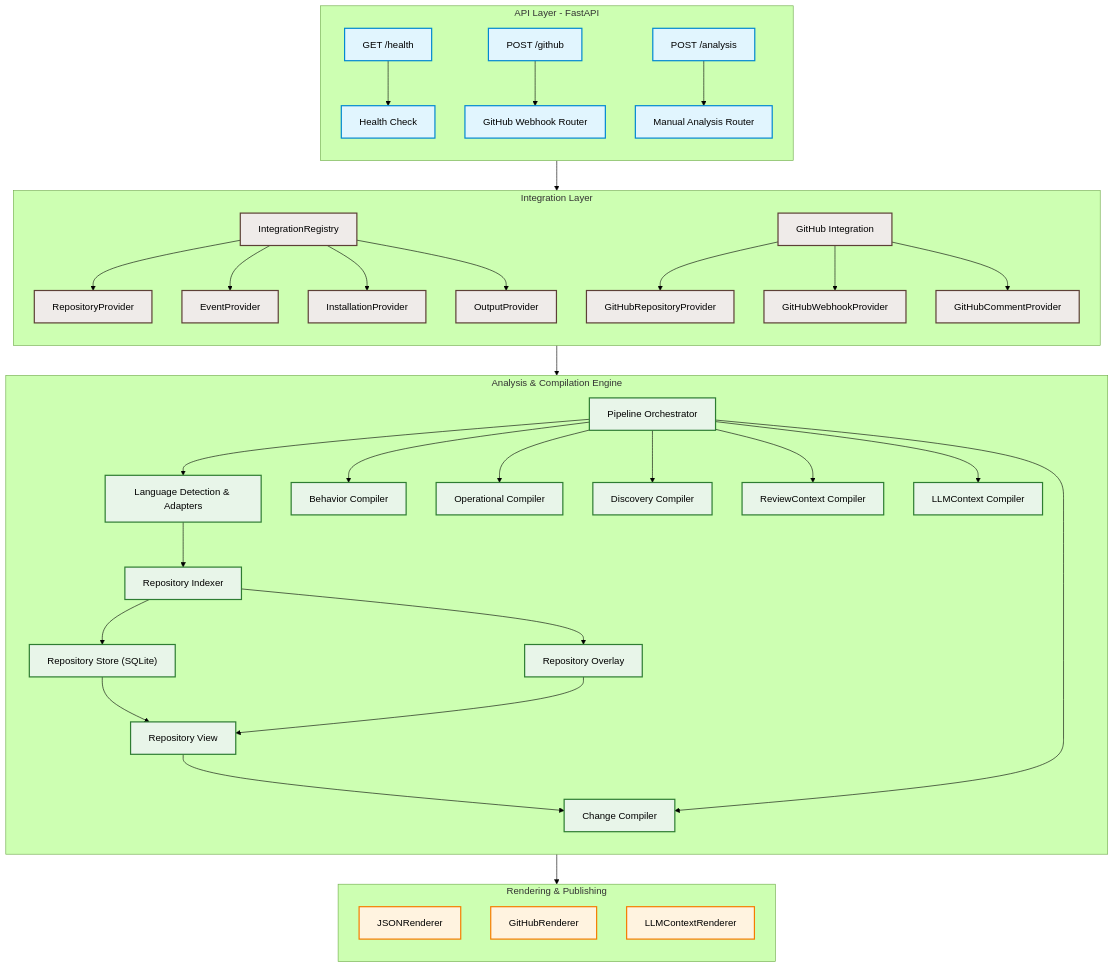
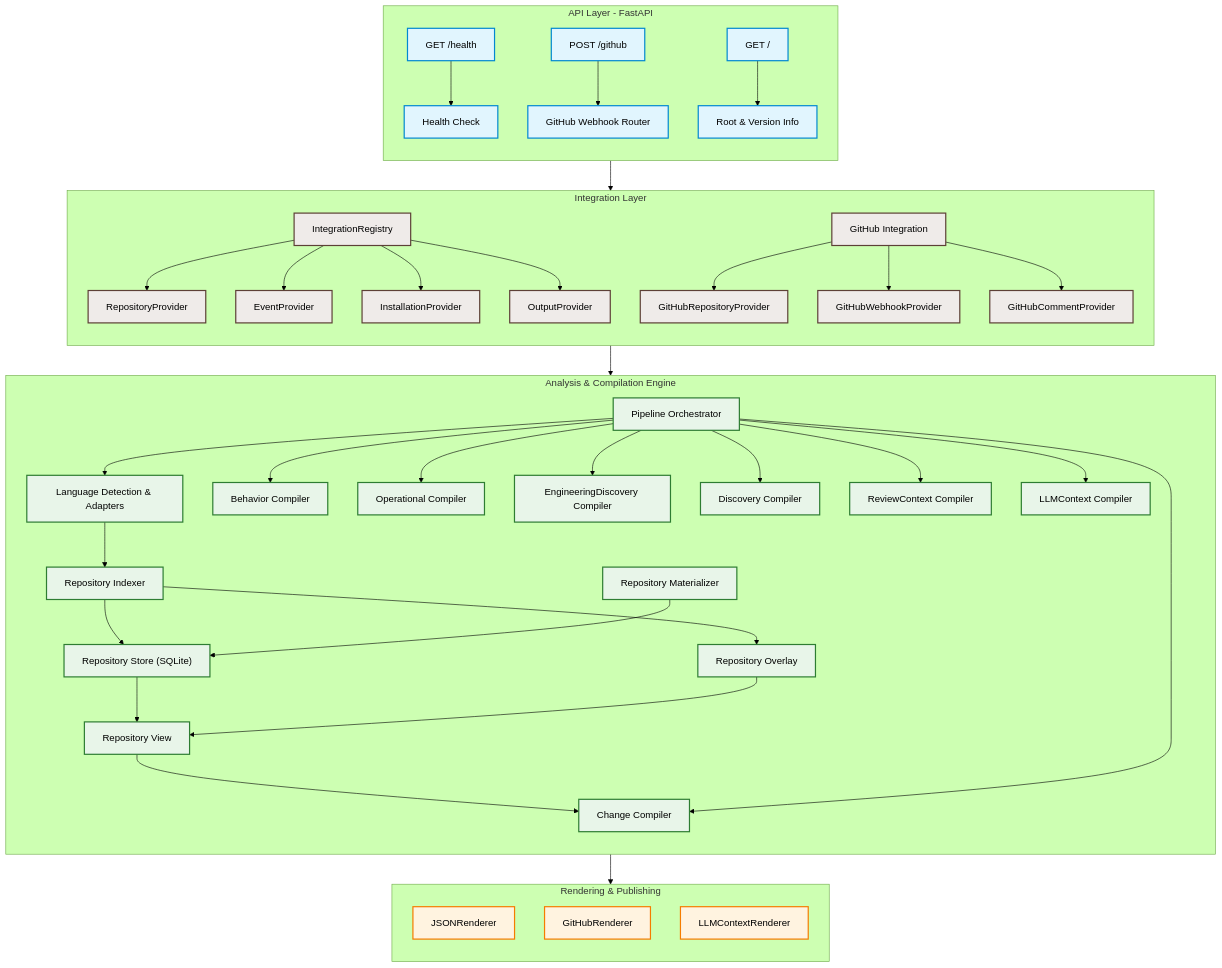
The first of 2 diagrams in architecture.md (jishnusamal/cystatic-core), drawn with Mermaid (forest theme) before and after one commit. The commit also changed other lines of this file and 1 other file, not shown here.

Commit message:
docs: update architecture documentation to reflect refined pipeline stages and engine components

````diff
--- a/architecture.md
+++ b/architecture.md
@@ -9,70 +9,74 @@
 ```mermaid
 flowchart TB
     %% Styling Classes
     classDef apiStyle fill:#e1f5fe,stroke:#0288d1,stroke-width:2px;
     classDef integrationStyle fill:#efebe9,stroke:#5d4037,stroke-width:2px;
     classDef engineStyle fill:#e8f5e9,stroke:#2e7d32,stroke-width:2px;
     classDef outputStyle fill:#fff3e0,stroke:#f57c00,stroke-width:2px;
 
     subgraph API [API Layer - FastAPI]
         direction TB
         A1["GET /health"] --> A2["Health Check"]
         A3["POST /github"] --> A4["GitHub Webhook Router"]
-        A5["POST /analysis"] --> A6["Manual Analysis Router"]
+        A5["GET /"] --> A6["Root & Version Info"]
     end
     class API,A1,A2,A3,A4,A5,A6 apiStyle;
 
     subgraph Integration [Integration Layer]
         direction TB
         IR["IntegrationRegistry"] --> RP["RepositoryProvider"]
         IR --> EP["EventProvider"]
         IR --> IP["InstallationProvider"]
         IR --> OP["OutputProvider"]
         GI["GitHub Integration"] --> GRP["GitHubRepositoryProvider"]
         GI --> GWP["GitHubWebhookProvider"]
         GI --> GCP["GitHubCommentProvider"]
     end
     class Integration,IR,RP,EP,IP,OP,GI,GRP,GWP,GCP integrationStyle;
 
     subgraph Engine [Analysis & Compilation Engine]
         direction TB
         PL["Pipeline Orchestrator"]
         LA["Language Detection & Adapters"]
         RI["Repository Indexer"]
         RS["Repository Store (SQLite)"]
+        MAT["Repository Materializer"]
         RO["Repository Overlay"]
         RV["Repository View"]
         CC["Change Compiler"]
         BC["Behavior Compiler"]
         OC["Operational Compiler"]
+        EDC["EngineeringDiscovery Compiler"]
         DC["Discovery Compiler"]
         RVC["ReviewContext Compiler"]
         LLMC["LLMContext Compiler"]
-        
+
         PL --> LA --> RI
         RI --> RS
+        MAT --> RS
         RI --> RO
         RS --> RV
         RO --> RV
         RV --> CC
         PL --> CC
         PL --> BC
         PL --> OC
+        PL --> EDC
         PL --> DC
         PL --> RVC
         PL --> LLMC
     end
-    class Engine,PL,LA,RI,RS,RO,RV,CC,BC,OC,DC,RVC,LLMC engineStyle;
+    class Engine,PL,LA,RI,RS,MAT,RO,RV,CC,BC,OC,EDC,DC,RVC,LLMC engineStyle;
 
     subgraph Output [Rendering & Publishing]
         direction TB
         JR["JSONRenderer"]
         GR["GitHubRenderer"]
         LR["LLMContextRenderer"]
     end
     class Output,JR,GR,LR outputStyle;
 
     API --> Integration
     Integration --> Engine
     Engine --> Output
 ```
````
